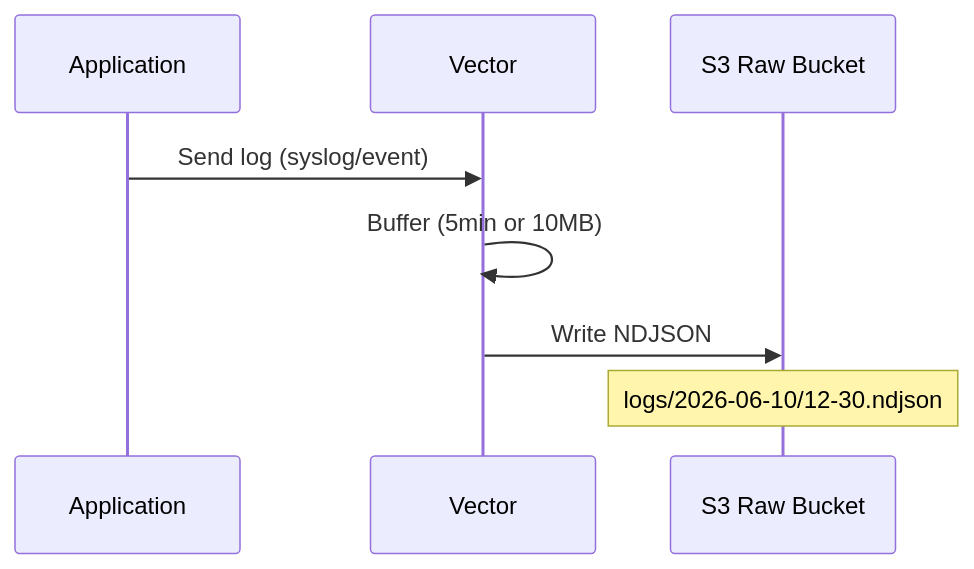
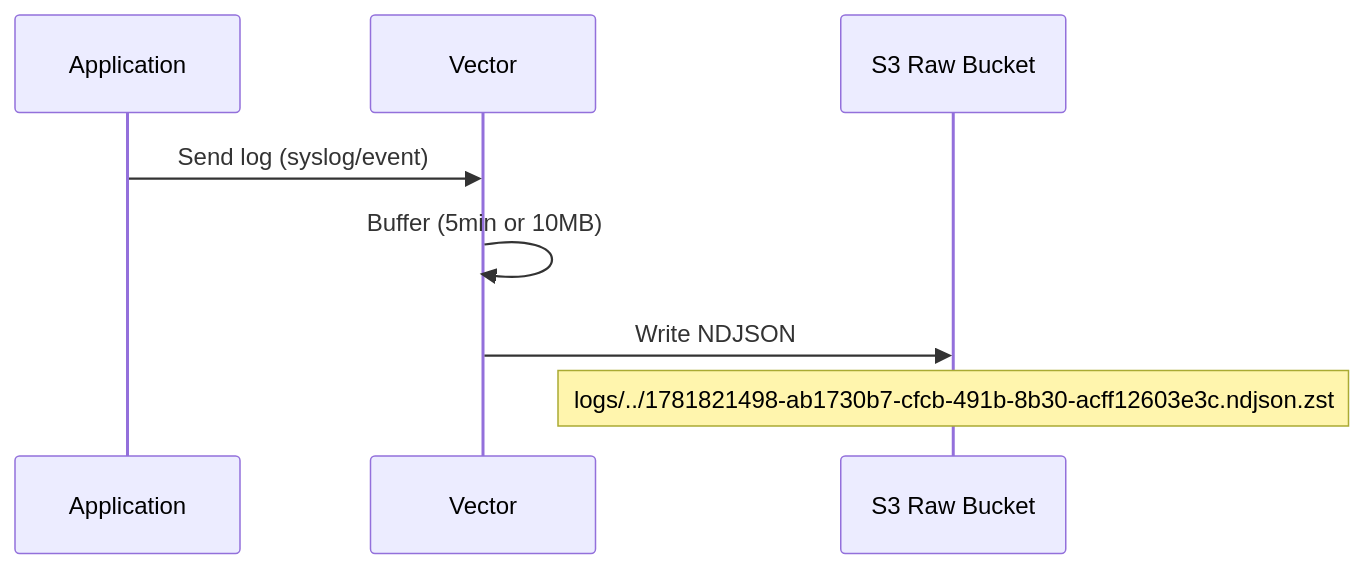
The fourth of 6 diagrams in docs/ARCHITECTURE.md (OpenCHAMI/legendary-funicular), drawn with Mermaid before and after one commit. The commit also changed other lines of this file and 11 other files, not shown here.

````diff
--- a/docs/ARCHITECTURE.md
+++ b/docs/ARCHITECTURE.md
@@ -216,11 +200,11 @@
 ```mermaid
 sequenceDiagram
     participant App as Application
     participant Collector as Vector
     participant S3 as S3 Raw Bucket
 
     App->>Collector: Send log (syslog/event)
     Collector->>Collector: Buffer (5min or 10MB)
     Collector->>S3: Write NDJSON
-    Note over S3: logs/2026-06-10/12-30.ndjson
+    Note over S3: logs/../1781821498-ab1730b7-cfcb-491b-8b30-acff12603e3c.ndjson.zst
 ```
````
